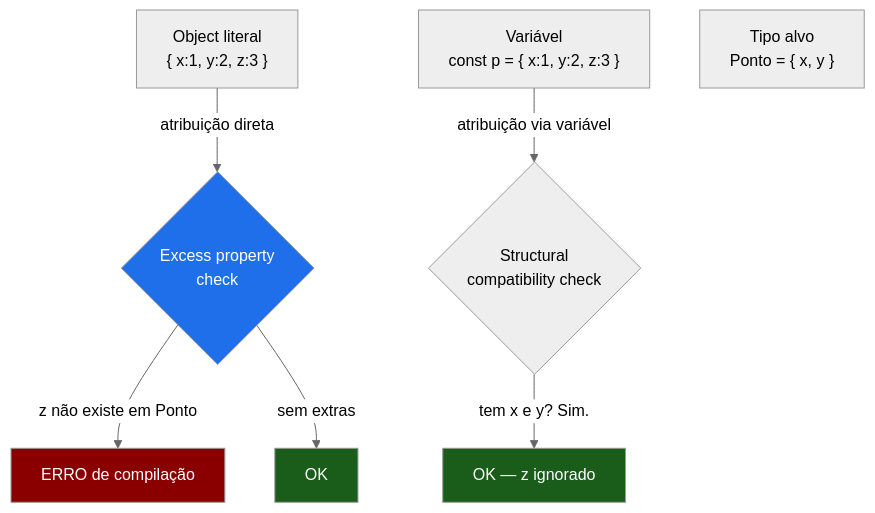
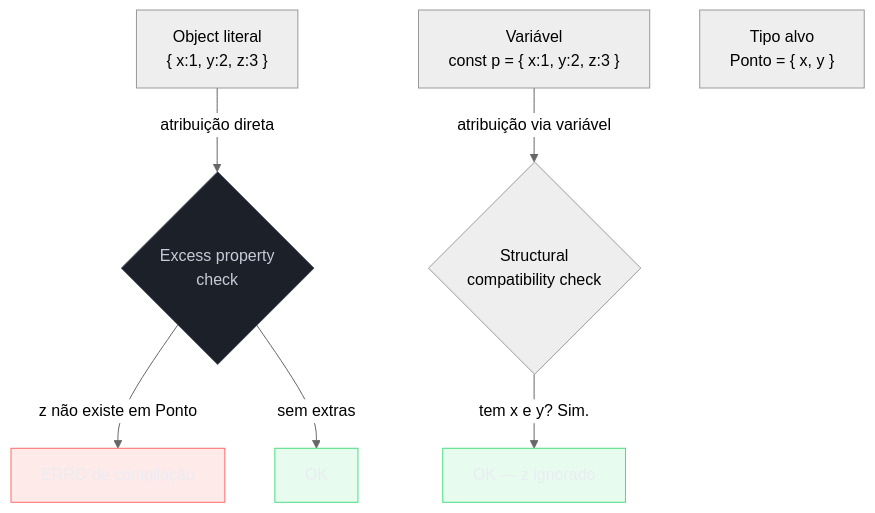
The first of 4 diagrams in 03-Dominios/Tecnologia/TypeScript/06 - Objetos - interface vs type.md (josenaldo/codex-technomanticus), drawn with Mermaid (neutral theme) before and after one commit. The commit also changed other lines of this file and 1181 other files, not shown here.

First line of the commit message:
fix(diagramas): paleta do sistema no lugar de cor cravada no markdown

````diff
--- a/03-Dominios/Tecnologia/TypeScript/06 - Objetos - interface vs type.md
+++ b/03-Dominios/Tecnologia/TypeScript/06 - Objetos - interface vs type.md
@@ -173,18 +173,21 @@
 ```mermaid
 flowchart TD
+    classDef falha fill:#FF6B6B24,stroke:#FF6B6B,color:#E9ECF2
+    classDef ok fill:#4ADE8021,stroke:#4ADE80,color:#E9ECF2
+    classDef neutro fill:#1B2029,stroke:#4E5666,color:#C6CCD8
     LIT["Object literal<br/>{ x:1, y:2, z:3 }"]
     VAR["Variável<br/>const p = { x:1, y:2, z:3 }"]
     ANN["Tipo alvo<br/>Ponto = { x, y }"]
 
     LIT -->|"atribuição direta"| EPC{"Excess property<br/>check"}
     VAR -->|"atribuição via variável"| STRUCT{"Structural<br/>compatibility check"}
 
     EPC -->|"z não existe em Ponto"| ERR["ERRO de compilação"]
     EPC -->|"sem extras"| OK1["OK"]
     STRUCT -->|"tem x e y? Sim."| OK2["OK — z ignorado"]
 
-    style ERR fill:#8a0000,color:#fff
-    style OK1 fill:#1a5c1a,color:#fff
-    style OK2 fill:#1a5c1a,color:#fff
-    style EPC fill:#1f6feb,color:#fff
+    class ERR falha
+    class OK1 ok
+    class OK2 ok
+    class EPC neutro
 ```
````
